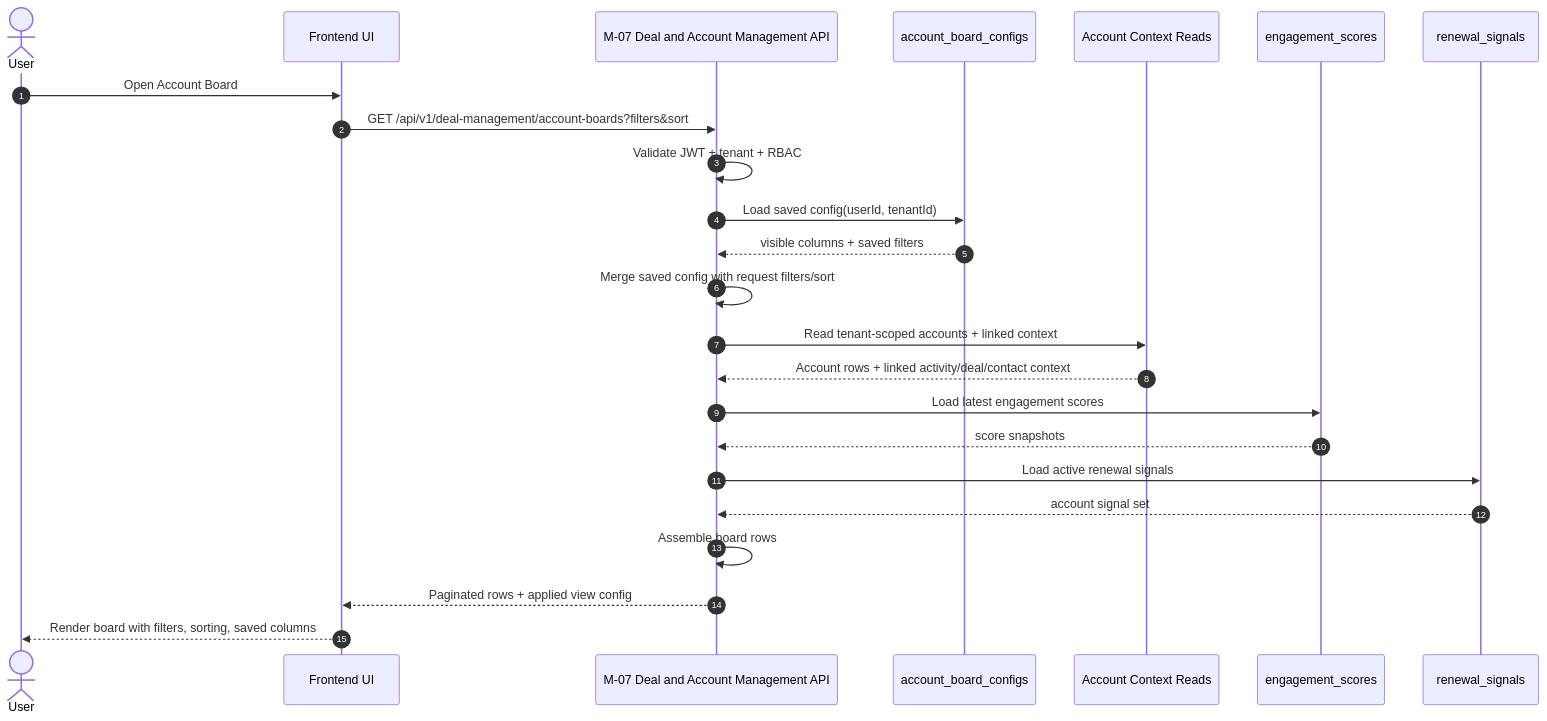
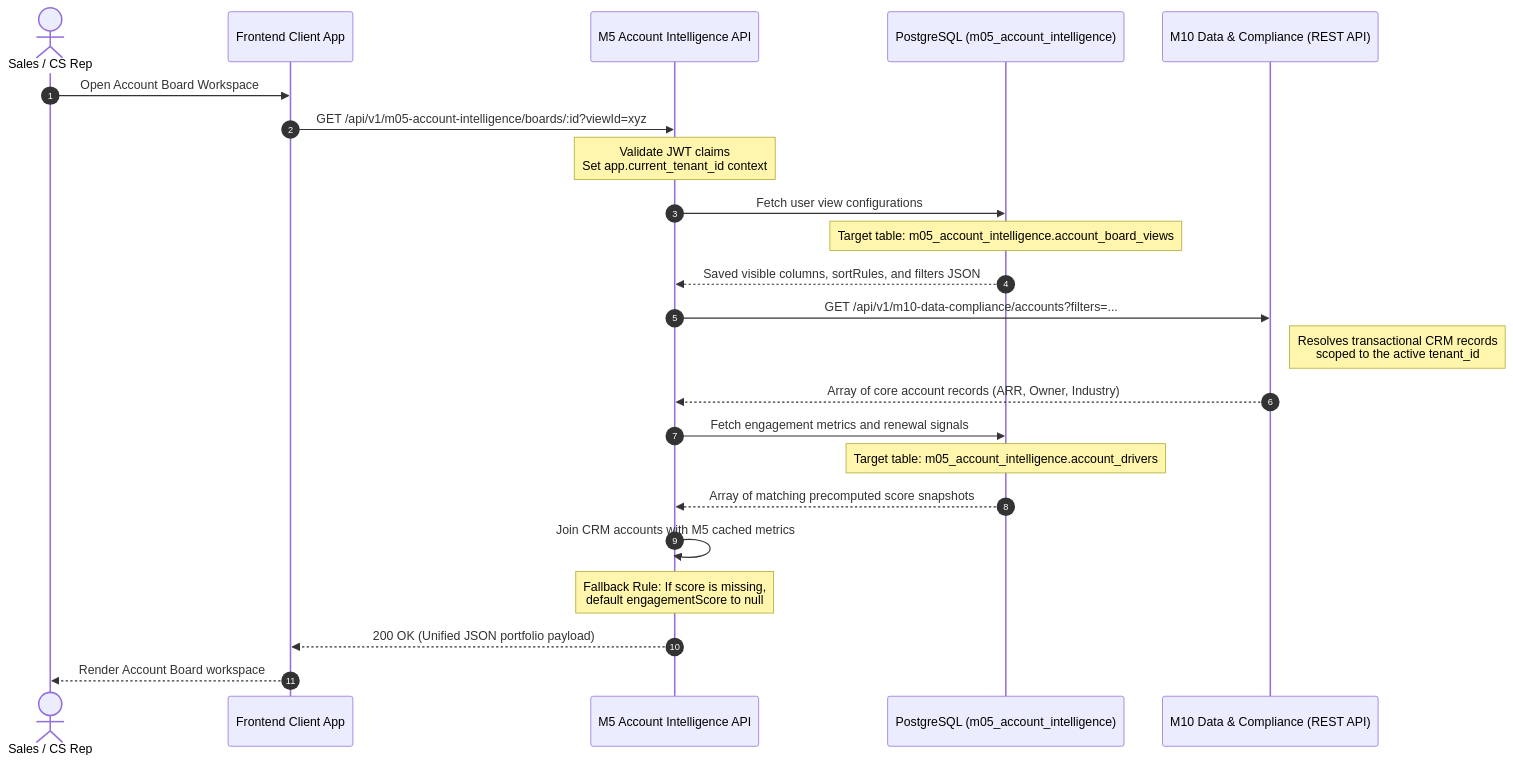
The second of 3 diagrams in Reference documents/M5 Account Intelligence/Sequence Diagrams for M5.md (PoojaTiwari09/FB-and-RP-Fixes), drawn with Mermaid before and after one commit. The commit also changed other lines of this file and 79 other files, not shown here.

````diff
--- a/Reference documents/M5 Account Intelligence/Sequence Diagrams for M5.md
+++ b/Reference documents/M5 Account Intelligence/Sequence Diagrams for M5.md
@@ -154,29 +78,31 @@
 ```mermaid
 sequenceDiagram
     autonumber
-    actor U as User
-    participant UI as Frontend UI
-    participant API as M-07 Deal and Account Management API
-    participant CFG as account_board_configs
-    participant DATA as Account Context Reads
-    participant ES as engagement_scores
-    participant RS as renewal_signals
+    actor User as Sales / CS Rep
+    participant Client as Frontend Client App
+    participant M5 as M5 Account Intelligence API
+    participant DB as PostgreSQL (m05_account_intelligence)
+    participant M10 as M10 Data & Compliance (REST API)
 
-    U->>UI: Open Account Board
-    UI->>API: GET /api/v1/deal-management/account-boards?filters&sort
-    API->>API: Validate JWT + tenant + RBAC
-    API->>CFG: Load saved config(userId, tenantId)
-    CFG-->>API: visible columns + saved filters
+    User->>Client: Open Account Board Workspace
+    Client->>M5: GET /api/v1/m05-account-intelligence/boards/:id?viewId=xyz
+    Note over M5: Validate JWT claims<br/>Set app.current_tenant_id context
 
-    API->>API: Merge saved config with request filters/sort
-    API->>DATA: Read tenant-scoped accounts + linked context
-    DATA-->>API: Account rows + linked activity/deal/contact context
-    API->>ES: Load latest engagement scores
-    ES-->>API: score snapshots
-    API->>RS: Load active renewal signals
-    RS-->>API: account signal set
+    M5->>DB: Fetch user view configurations
+    Note over DB: Target table: m05_account_intelligence.account_board_views
+    DB-->>M5: Saved visible columns, sortRules, and filters JSON
 
-    API->>API: Assemble board rows
-    API-->>UI: Paginated rows + applied view config
-    UI-->>U: Render board with filters, sorting, saved columns
+    M5->>M10: GET /api/v1/m10-data-compliance/accounts?filters=...
+    Note right of M10: Resolves transactional CRM records<br/>scoped to the active tenant_id
+    M10-->>M5: Array of core account records (ARR, Owner, Industry)
+
+    M5->>DB: Fetch engagement metrics and renewal signals
+    Note over DB: Target table: m05_account_intelligence.account_drivers
+    DB-->>M5: Array of matching precomputed score snapshots
+
+    M5->>M5: Join CRM accounts with M5 cached metrics
+    Note over M5: Fallback Rule: If score is missing,<br/>default engagementScore to null
+
+    M5-->>Client: 200 OK (Unified JSON portfolio payload)
+    Client-->>User: Render Account Board workspace
 ```
````
